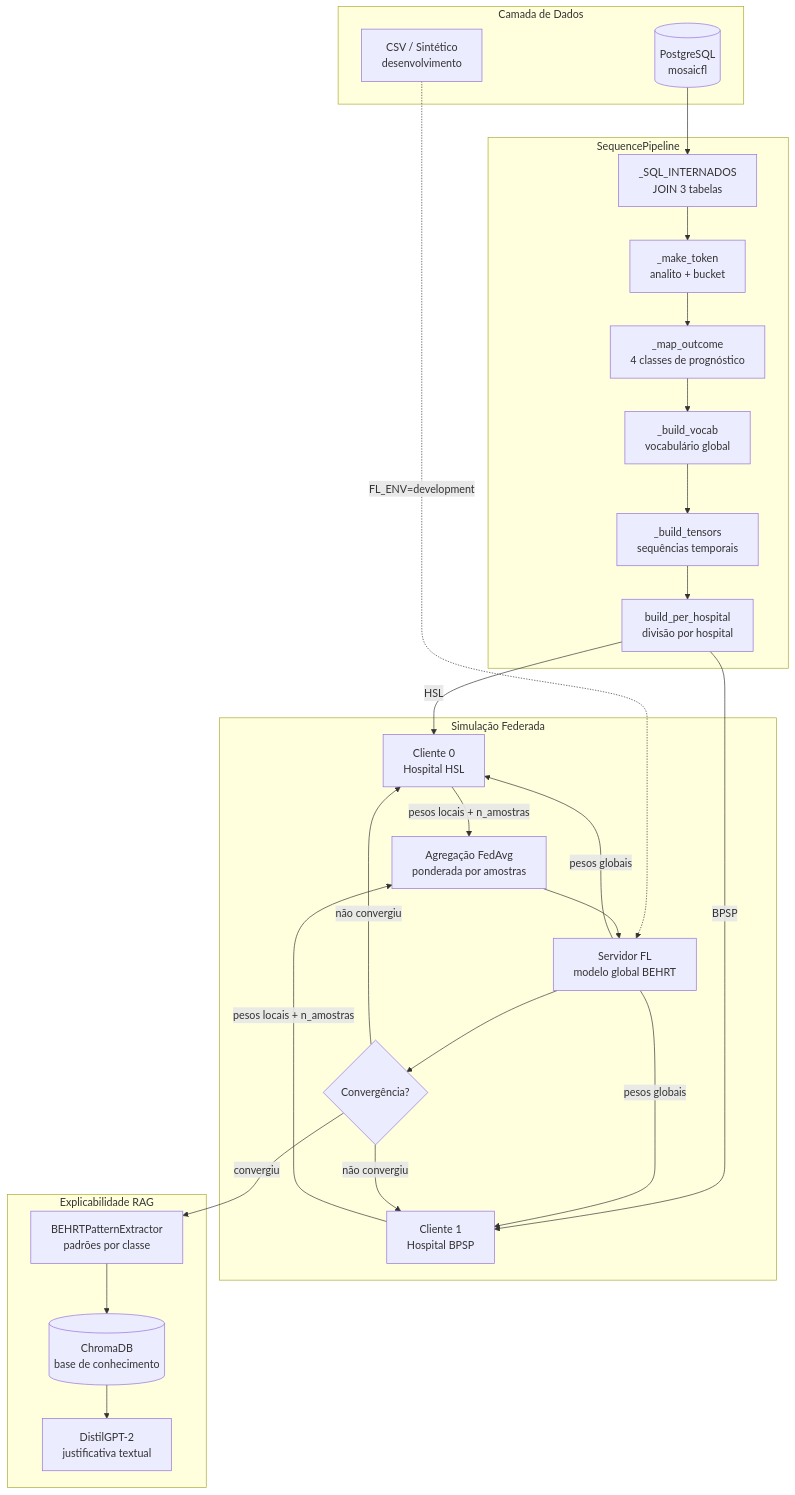
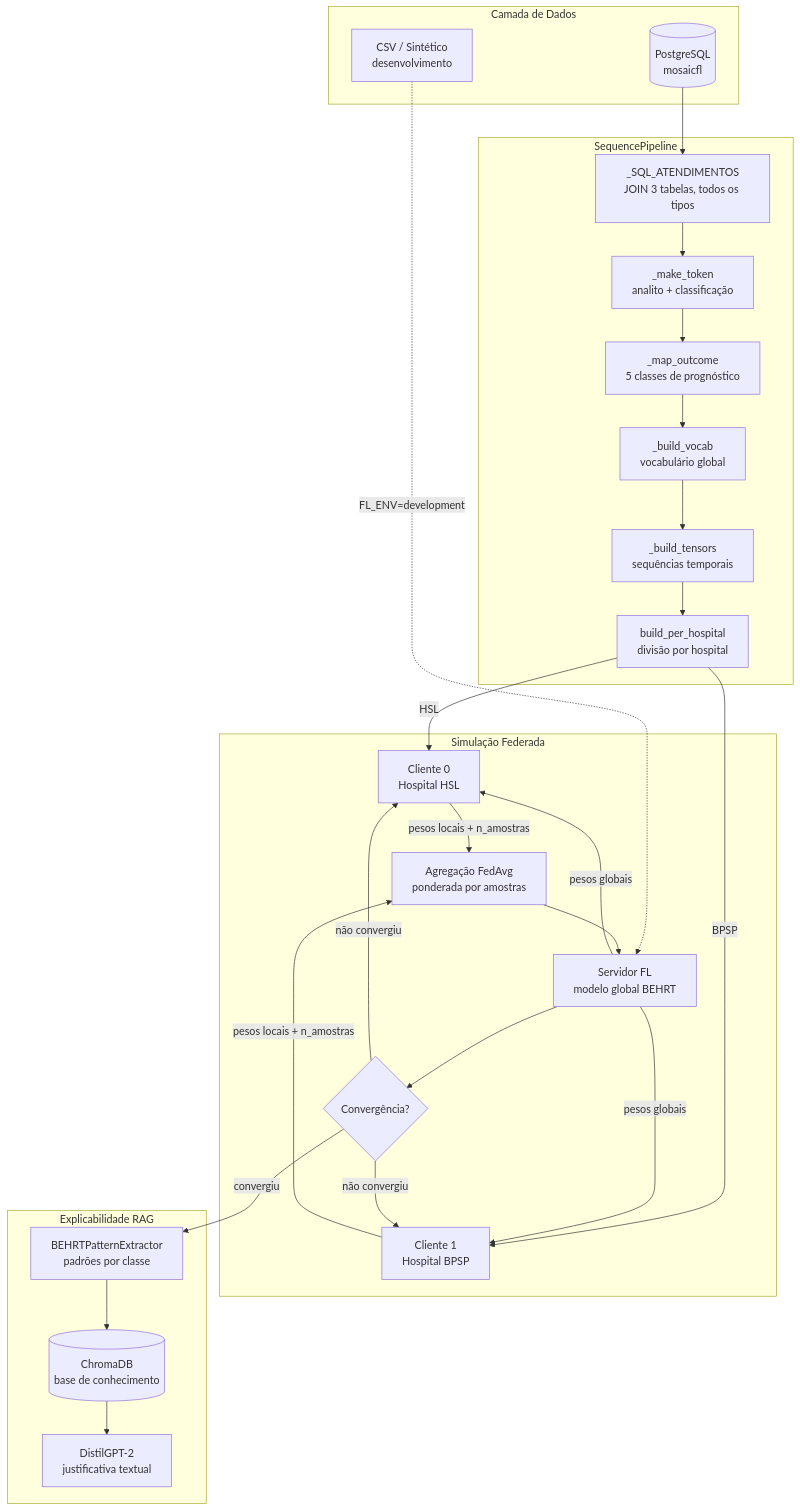
Before and after one commit to JacAbreu/mosaic-fl: the first of 9 diagrams in docs/FLUXO_APRENDIZADO_FEDERADO.md, drawn with Mermaid. The commit also changed other lines of this file and 4 other files, not shown here.

````diff
--- a/docs/FLUXO_APRENDIZADO_FEDERADO.md
+++ b/docs/FLUXO_APRENDIZADO_FEDERADO.md
@@ -29,46 +29,46 @@
 ```mermaid
 flowchart TD
     subgraph DADOS["Camada de Dados"]
         DB[(PostgreSQL\nmosaicfl)]
         CSV[CSV / Sintético\ndesenvolvimento]
     end
 
     subgraph PIPELINE["SequencePipeline"]
-        SQL[_SQL_INTERNADOS\nJOIN 3 tabelas]
-        TOKEN[_make_token\nanalito + bucket]
-        BIN[_map_outcome\n4 classes de prognóstico]
+        SQL[_SQL_ATENDIMENTOS\nJOIN 3 tabelas, todos os tipos]
+        TOKEN[_make_token\nanalito + classificação]
+        BIN[_map_outcome\n5 classes de prognóstico]
         VOCAB[_build_vocab\nvocabulário global]
         TENSORS[_build_tensors\nsequências temporais]
         SPLIT[build_per_hospital\ndivisão por hospital]
     end
 
     subgraph FL["Simulação Federada"]
         SERVER[Servidor FL\nmodelo global BEHRT]
         C1[Cliente 0\nHospital HSL]
         C2[Cliente 1\nHospital BPSP]
         AGG[Agregação FedAvg\nponderada por amostras]
         CONV{Convergência?}
     end
 
     subgraph RAG["Explicabilidade RAG"]
         EXTRACT[BEHRTPatternExtractor\npadrões por classe]
         CHROMA[(ChromaDB\nbase de conhecimento)]
         LLM[DistilGPT-2\njustificativa textual]
     end
 
     DB --> SQL
     CSV -.->|FL_ENV=development| SERVER
     SQL --> TOKEN --> BIN --> VOCAB --> TENSORS --> SPLIT
     SPLIT -->|HSL| C1
     SPLIT -->|BPSP| C2
     SERVER -->|pesos globais| C1
     SERVER -->|pesos globais| C2
     C1 -->|pesos locais + n_amostras| AGG
     C2 -->|pesos locais + n_amostras| AGG
     AGG --> SERVER
     SERVER --> CONV
     CONV -->|não convergiu| C1
     CONV -->|não convergiu| C2
     CONV -->|convergiu| EXTRACT
     EXTRACT --> CHROMA --> LLM
 ```
````
